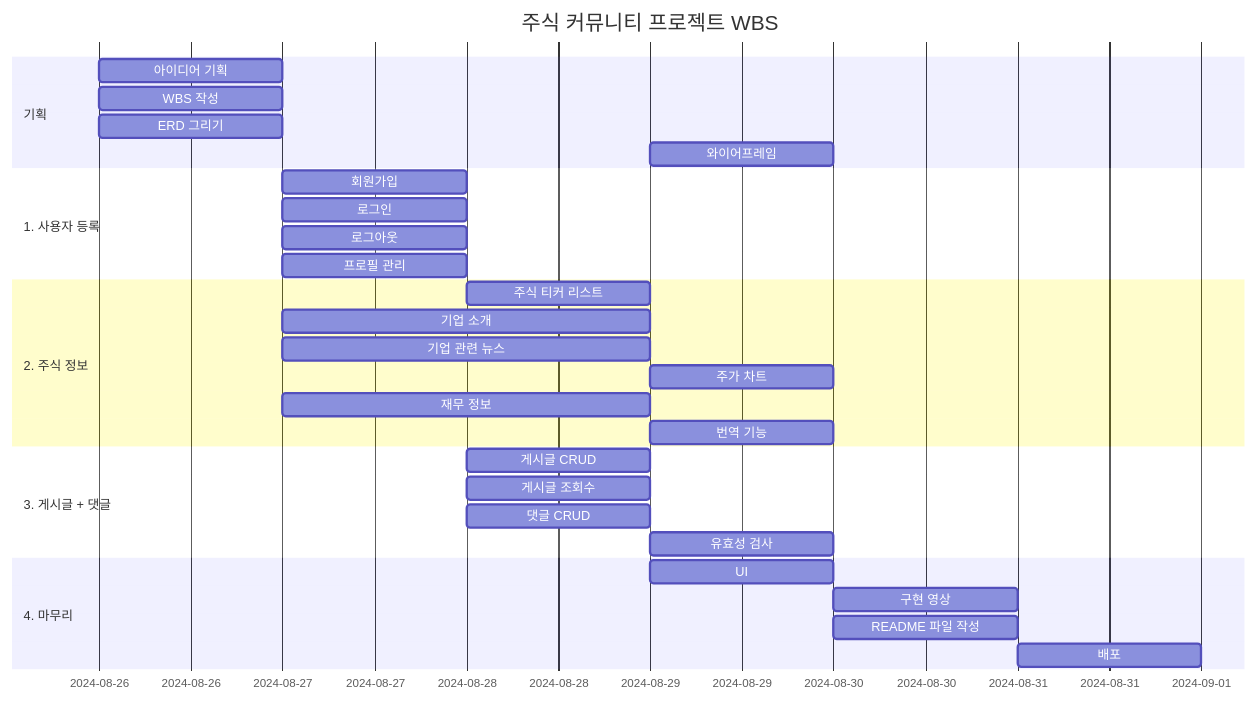
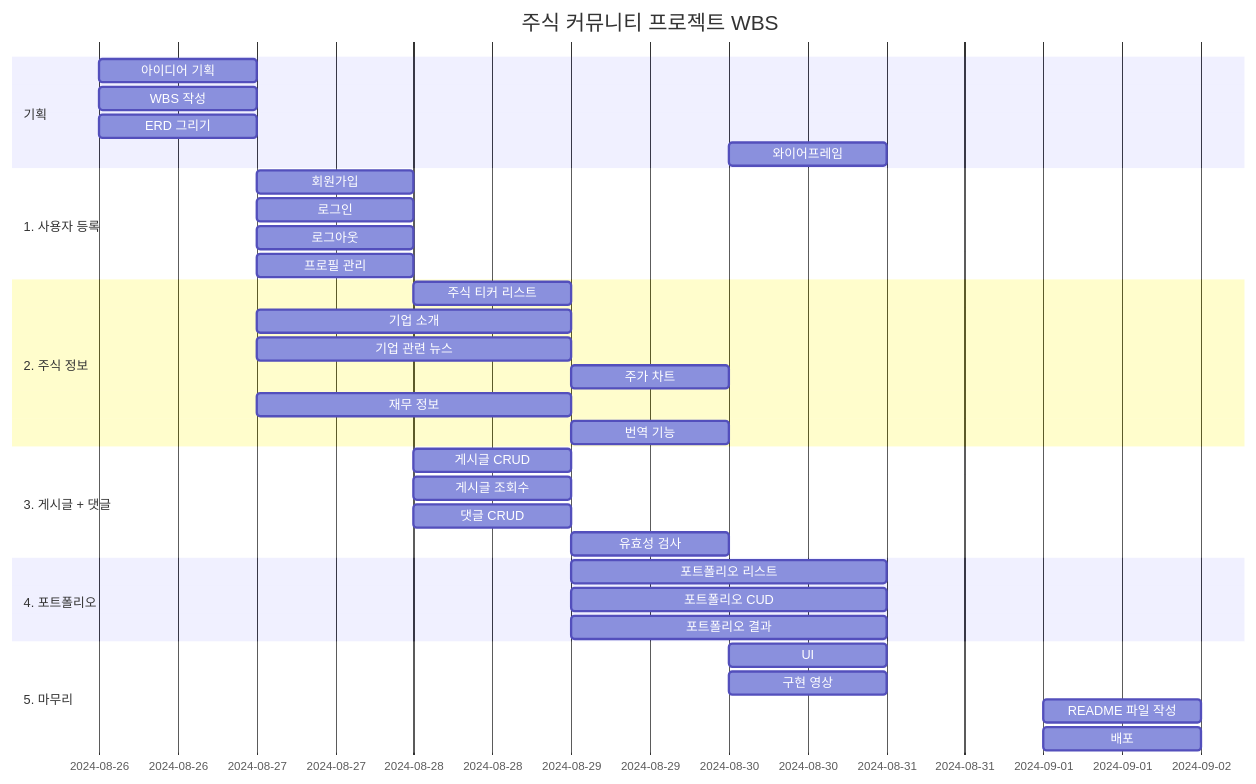
Before and after one commit to Donggyu-Kim1/stalk: the first of 3 diagrams in README.md, drawn with Mermaid. The commit also changed other lines of this file, not shown here.

````diff
--- a/README.md
+++ b/README.md
@@ -206,37 +230,42 @@
 ```mermaid
 gantt
     title 주식 커뮤니티 프로젝트 WBS
     dateFormat  YYYY-MM-DD HH:mm
 
     section 기획
     아이디어 기획      :2024-08-26, 1d
     WBS 작성          :2024-08-26, 1d
     ERD 그리기         :2024-08-26, 1d
-    와이어프레임        :2024-08-29, 1d
+    와이어프레임        :2024-08-30, 1d
 
     section 1. 사용자 등록
     회원가입           :2024-08-27, 1d
     로그인             :2024-08-27, 1d
     로그아웃           :2024-08-27, 1d
     프로필 관리         :2024-08-27, 1d
 
     section 2. 주식 정보
     주식 티커 리스트     :2024-08-28, 1d
     기업 소개          :2024-08-27, 2d
     기업 관련 뉴스      :2024-08-27, 2d
     주가 차트          :2024-08-29, 1d
     재무 정보          :2024-08-27, 2d
     번역 기능          :2024-08-29, 1d
 
     section 3. 게시글 + 댓글
     게시글 CRUD        :2024-08-28, 1d
     게시글 조회수       :2024-08-28, 1d
     댓글 CRUD          :2024-08-28, 1d
     유효성 검사        :2024-08-29, 1d
+    
+    section 4. 포트폴리오
+    포트폴리오 리스트        :2024-08-29, 2d
+    포트폴리오 CUD       :2024-08-29, 2d
+    포트폴리오 결과         :2024-08-29, 2d
 
-    section 4. 마무리
-    UI                :2024-08-29, 1d
+    section 5. 마무리
+    UI                :2024-08-30, 1d
     구현 영상          :2024-08-30, 1d
-    README 파일 작성   :2024-08-30, 1d
-    배포              :2024-08-31, 1d
+    README 파일 작성   :2024-09-01, 1d
+    배포              :2024-09-01, 1d
 ```
````
